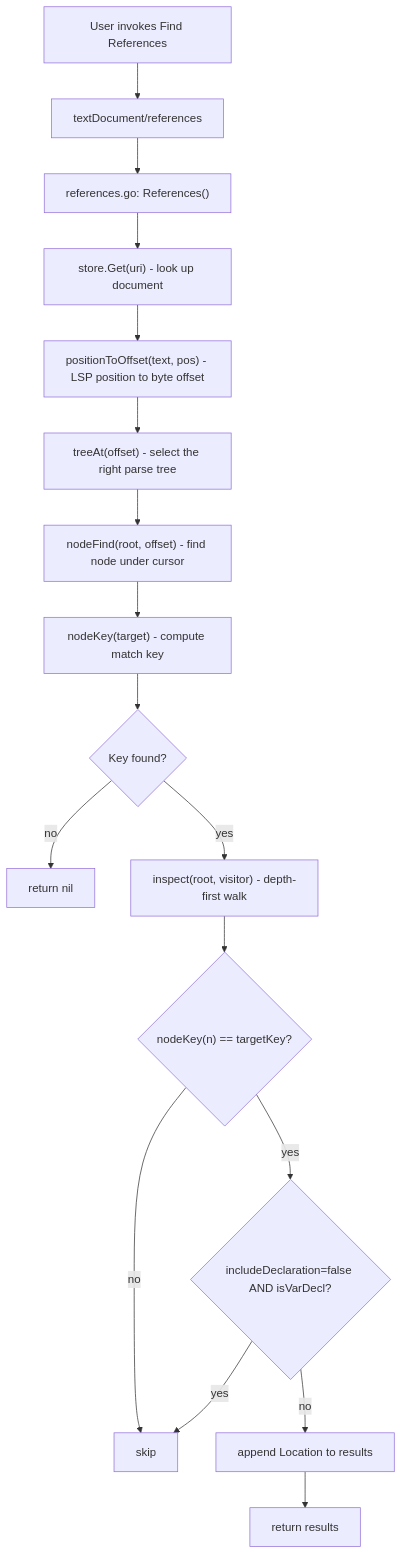
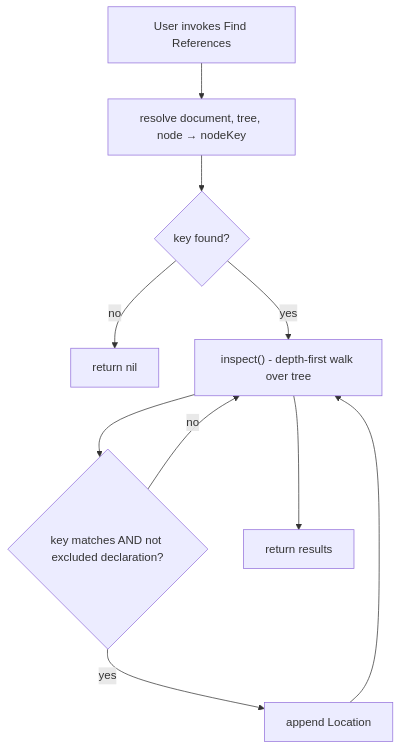
Before and after one commit to allseas/go-template-lsp: the diagram in docs/features/references.md, drawn with Mermaid. The commit also changed 6 other files, not shown here.

Commit message:
docs: simplified the flowcharts

````diff
--- a/docs/features/references.md
+++ b/docs/features/references.md
@@ -20,19 +20,12 @@
 ```mermaid
 flowchart TD
-    A[User invokes Find References] --> B[textDocument/references]
-    B --> C["references.go: References()"]
-    C --> D["store.Get(uri) - look up document"]
-    D --> E["positionToOffset(text, pos) - LSP position to byte offset"]
-    E --> F["treeAt(offset) - select the right parse tree"]
-    F --> G["nodeFind(root, offset) - find node under cursor"]
-    G --> H["nodeKey(target) - compute match key"]
-    H --> I{"Key found?"}
-    I -->|no| J[return nil]
-    I -->|yes| K["inspect(root, visitor) - depth-first walk"]
-    K --> L{"nodeKey(n) == targetKey?"}
-    L -->|no| M[skip]
-    L -->|yes| N{"includeDeclaration=false AND isVarDecl?"}
-    N -->|yes| M
-    N -->|no| O["append Location to results"]
-    O --> P[return results]
+    A[User invokes Find References] --> B["resolve document, tree, node → nodeKey"]
+    B --> C{"key found?"}
+    C -->|no| D[return nil]
+    C -->|yes| E["inspect() - depth-first walk over tree"]
+    E --> F{"key matches AND not excluded declaration?"}
+    F -->|yes| G[append Location]
+    F -->|no| E
+    G --> E
+    E --> H[return results]
 ```
````
